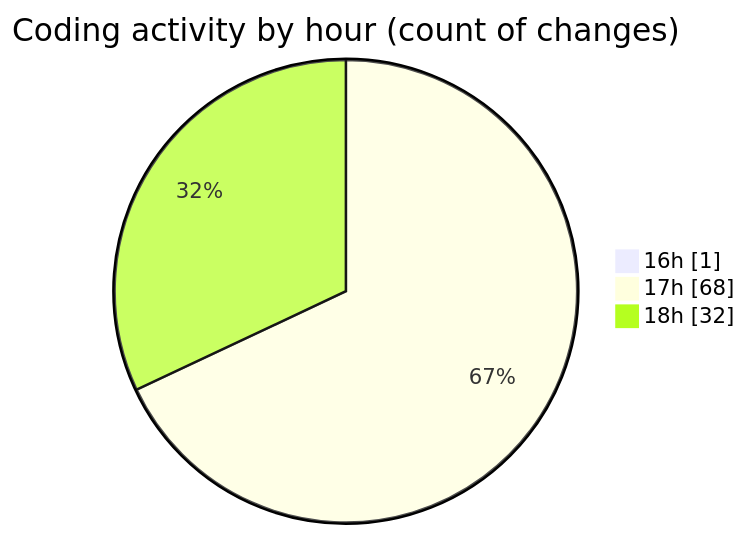
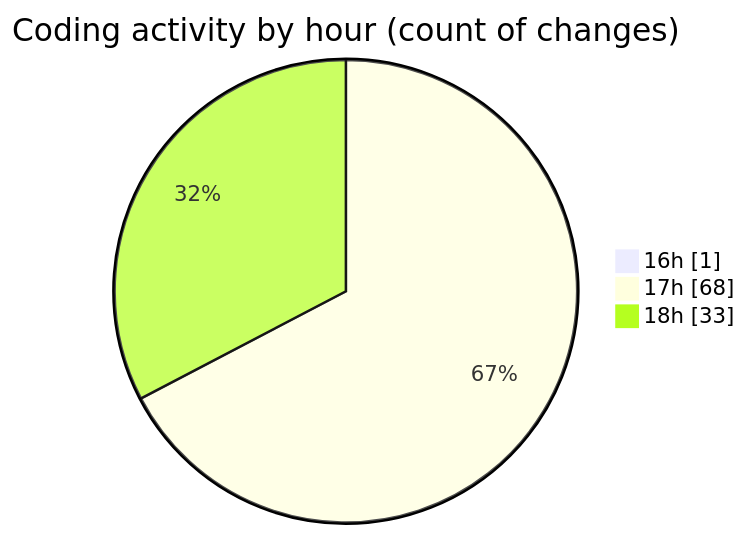
One commit to idhammustaqopulfikri/code-tracking changed the second of 2 diagrams in 2025-05-27/studio-backend/README.md. Above: the diagram before and after it, drawn with Mermaid. The commit also changed other lines of this file and 1 other file, not shown here.

````diff
--- a/2025-05-27/studio-backend/README.md
+++ b/2025-05-27/studio-backend/README.md
@@ -64,7 +64,7 @@
 ```mermaid
 pie showData
 title Coding activity by hour (count of changes)
 "16h" : 1
 "17h" : 68
-"18h" : 32
+"18h" : 33
 ```
````
